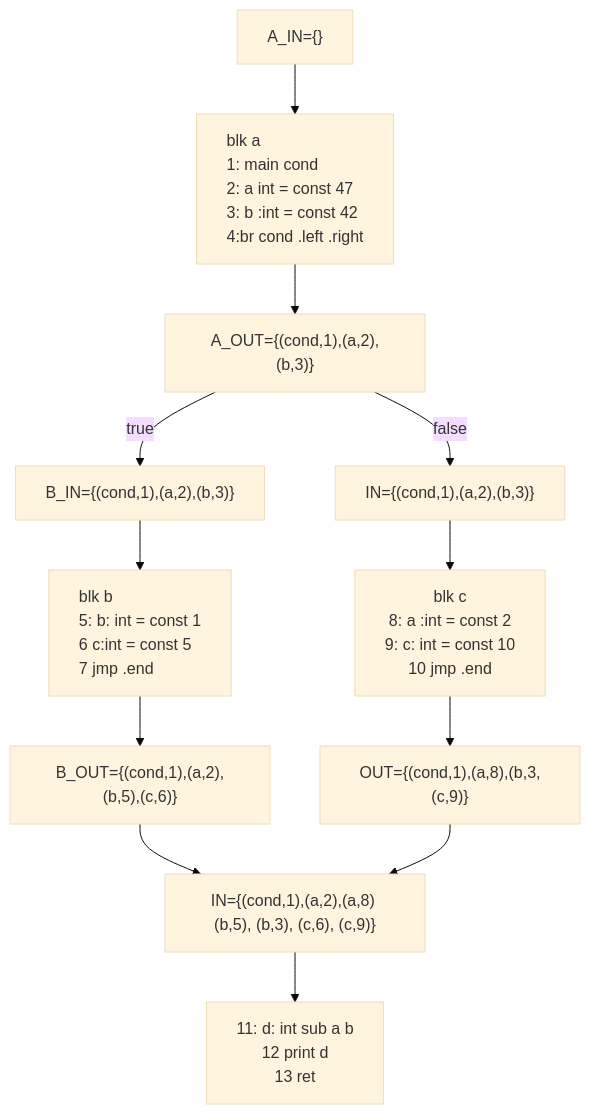
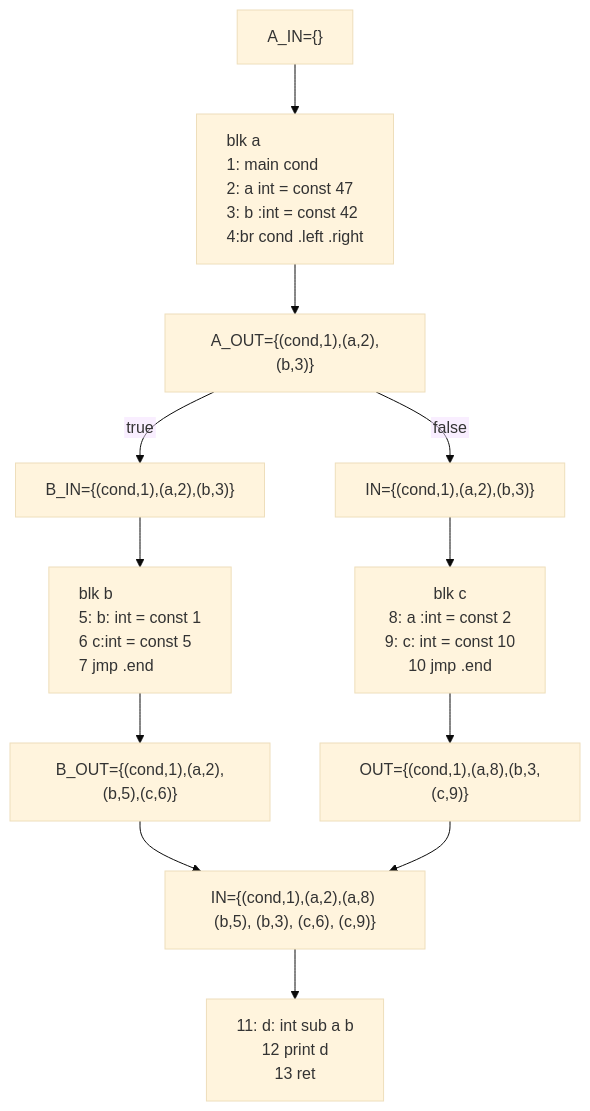
Before and after one commit to normrubin/normrubin.github.io: the second of 2 diagrams in lectures/04_data_flow.qmd, drawn with Mermaid (base theme). The commit also changed other lines of this file and 21 other files, not shown here.

````diff
--- a/lectures/04_data_flow.qmd
+++ b/lectures/04_data_flow.qmd
@@ -145,47 +149,49 @@
 ```{mermaid}
+%%{init: {"flowchart": {"htmlLabels": false}} }%%
+
 graph TD
 style A text-align: left
 style B  text-align: left
 %% nodes 
 A_IN["A_IN={}"]
 A_OUT["A_OUT={(cond,1),(a,2),(b,3)}"]
 
 B_IN["B_IN={(cond,1),(a,2),(b,3)}"]
 B_OUT["B_OUT={(cond,1),(a,2),(b,5),(c,6)}"]
 
 C_IN["IN={(cond,1),(a,2),(b,3)}"]
 C_OUT["OUT={(cond,1),(a,8),(b,3,(c,9)}"]
 
 D_IN["IN={(cond,1),(a,2),(a,8) (b,5), (b,3), (c,6), (c,9)}"]
  
   A["blk a
     1: main cond
    2: a int = const 47
    3: b :int = const 42
    4:br cond .left .right"] 
    
    B["blk b
    5: b: int = const 1
    6 c:int = const 5 
    7 jmp .end"]
   
    C["blk c
      8: a :int = const 2
    9: c: int = const 10
    10 jmp .end"]
     D["11: d: int sub  a b
     12 print d
     13 ret"]
 %% edges
     A_IN --> A 
     A --> A_OUT
     A_OUT  -- true --> B_IN
     B_IN --> B
     B --> B_OUT
     A_OUT --false --> C_IN
     C_IN --> C
     C-->   C_OUT
     B_OUT--> D_IN
     C_OUT--> D_IN
     D_IN --> D
 ```
````
